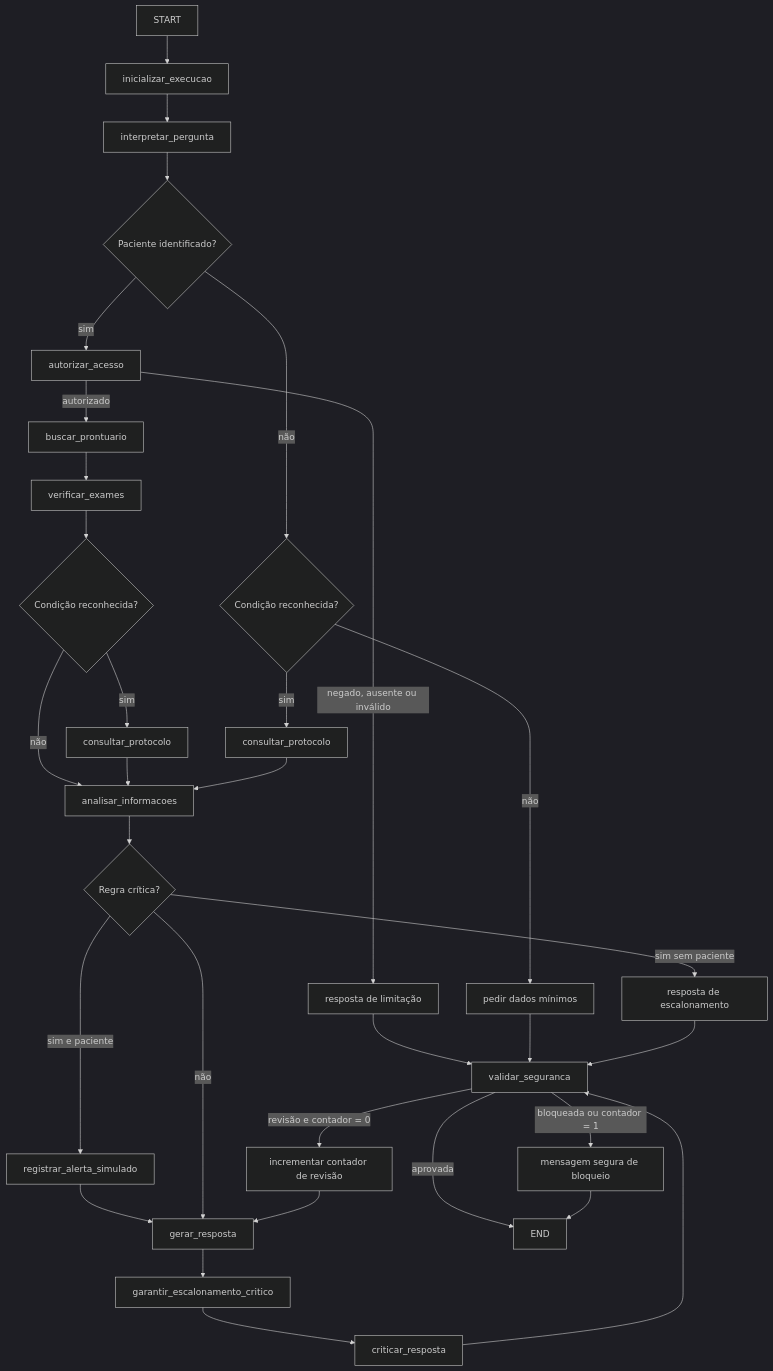
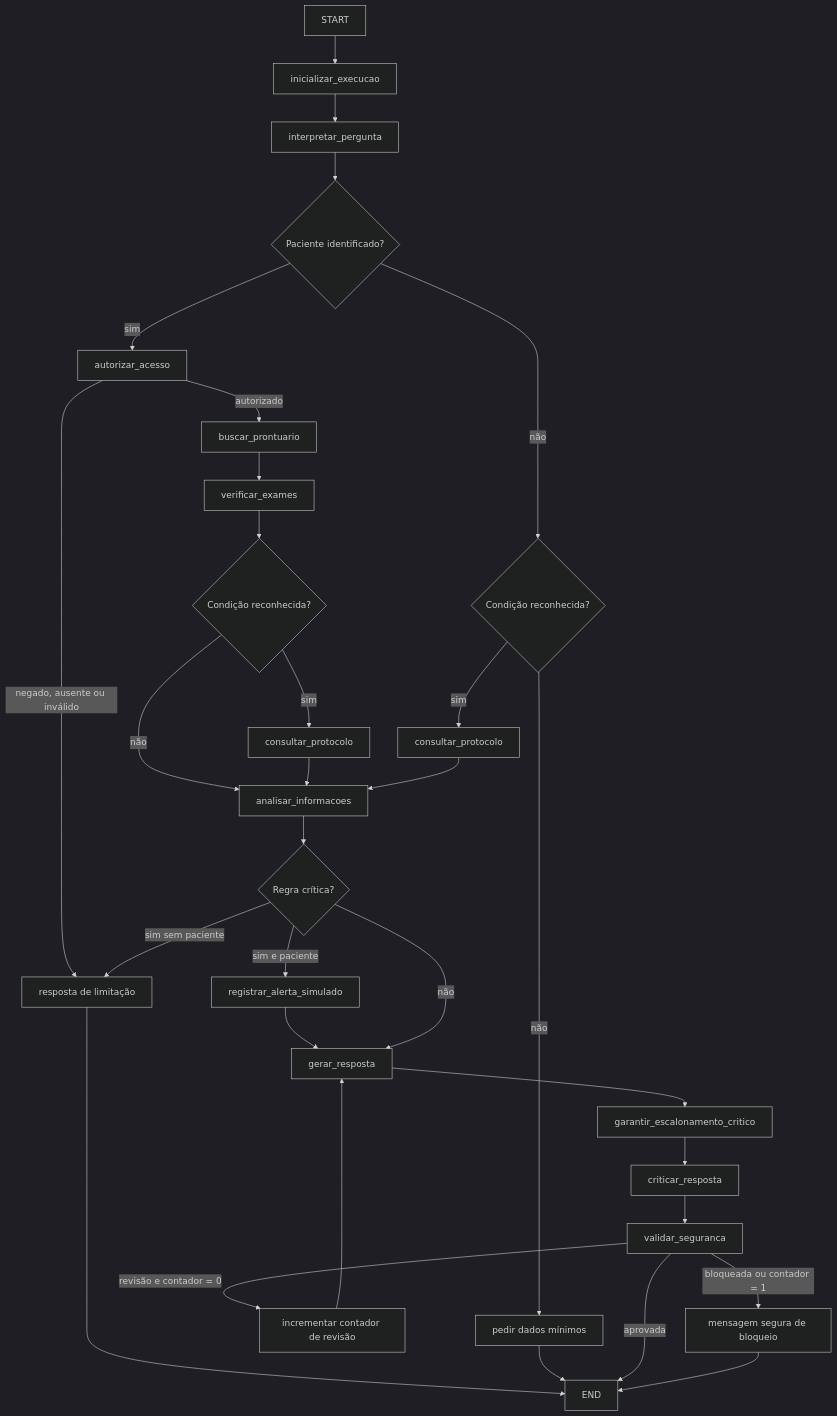
Before and after one commit to AraujoAlan/TechV3: the first of 3 diagrams in docs/design-doc-langgraph.md, drawn with Mermaid (dark theme). The commit also changed other lines of this file and 5 other files, not shown here.

```diff
--- a/docs/design-doc-langgraph.md
+++ b/docs/design-doc-langgraph.md
@@ -164,29 +164,28 @@
 ~~~mermaid
 flowchart TD
   START --> init[inicializar_execucao] --> interpret[interpretar_pergunta]
   interpret --> patient{Paciente identificado?}
   patient -->|sim| auth[autorizar_acesso]
   auth -->|negado, ausente ou inválido| limited[resposta de limitação]
   auth -->|autorizado| record[buscar_prontuario] --> exams[verificar_exames]
   patient -->|não| condition{Condição reconhecida?}
   condition -->|não| clarify[pedir dados mínimos]
   condition -->|sim| protocol_general[consultar_protocolo]
   exams --> condition_after_record{Condição reconhecida?}
   condition_after_record -->|sim| protocol[consultar_protocolo]
   condition_after_record -->|não| analysis[analisar_informacoes]
   protocol --> analysis
   protocol_general --> analysis
   analysis --> critical{Regra crítica?}
   critical -->|sim e paciente| alert[registrar_alerta_simulado] --> answer[gerar_resposta]
-  critical -->|sim sem paciente| escalation[resposta de escalonamento]
+  critical -->|sim sem paciente| limited
   critical -->|não| answer
   answer --> escalation_check[garantir_escalonamento_critico]
   escalation_check --> critic[criticar_resposta]
   critic --> safety[validar_seguranca]
-  limited --> safety
-  clarify --> safety
-  escalation --> safety
+  limited --> END
+  clarify --> END
   safety -->|aprovada| END
   safety -->|revisão e contador = 0| revise[incrementar contador de revisão] --> answer
   safety -->|bloqueada ou contador = 1| blocked[mensagem segura de bloqueio] --> END
 ~~~
```
